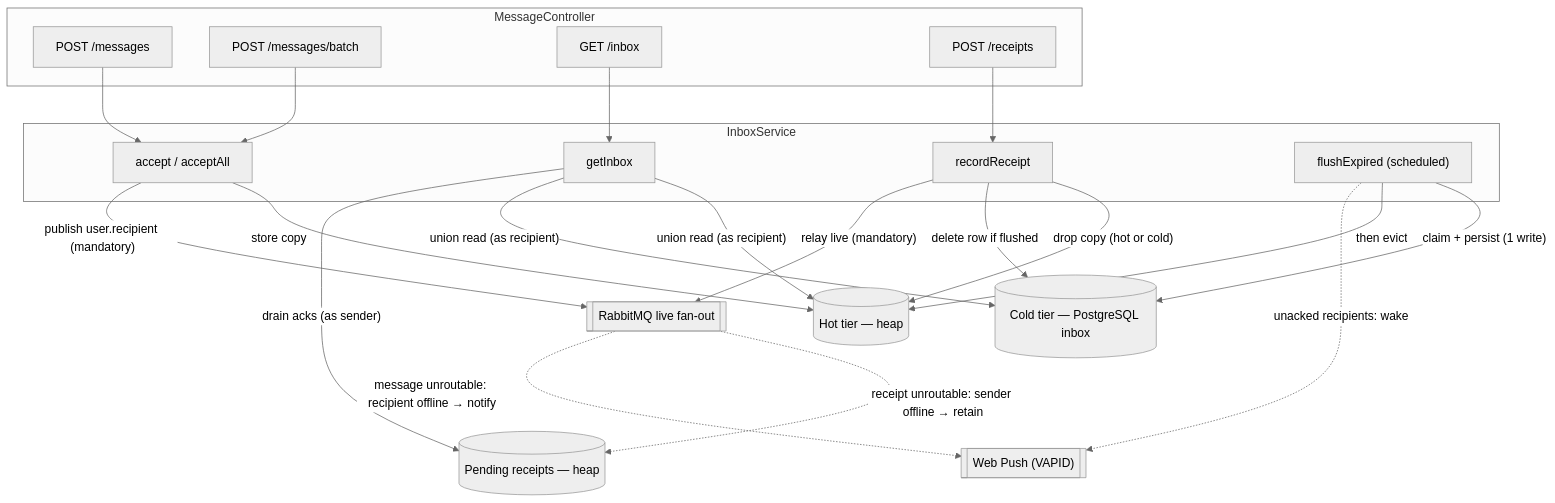
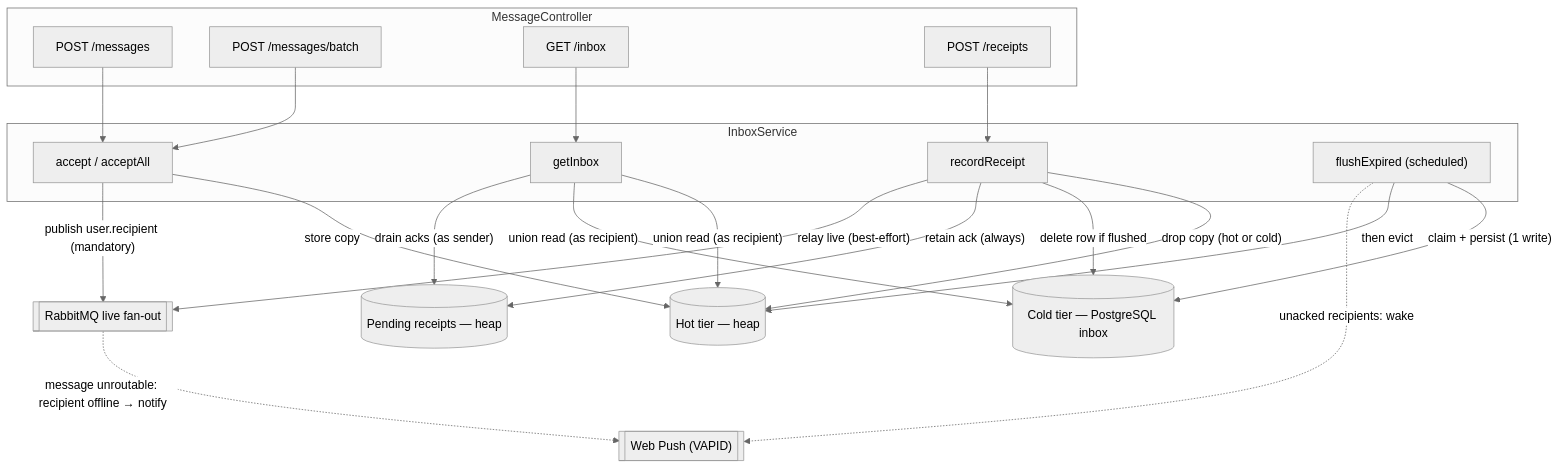
The first of 4 diagrams in doc/algorithms/messages-lifecycle.md (olshanskyev/fourletters-meta), drawn with Mermaid (neutral theme) before and after one commit. The commit also changed other lines of this file and 2 other files, not shown here.

First line of the commit message:
chore: send retry and receipt zombie problem

````diff
--- a/doc/algorithms/messages-lifecycle.md
+++ b/doc/algorithms/messages-lifecycle.md
@@ -29,44 +29,44 @@
 ```mermaid
 flowchart TD
     subgraph Controller [MessageController]
         P1["POST /messages"]
         P2["POST /messages/batch"]
         G1["GET /inbox"]
         R1["POST /receipts"]
     end
 
     subgraph Service [InboxService]
         Acc["accept / acceptAll"]
         Inb["getInbox"]
         Rec["recordReceipt"]
         Flush["flushExpired (scheduled)"]
     end
 
     Hot[("Hot tier — heap")]
     Cold[("Cold tier — PostgreSQL inbox")]
     PR[("Pending receipts — heap")]
     MQ[["RabbitMQ live fan-out"]]
     Push[["Web Push (VAPID)"]]
 
     P1 --> Acc
     P2 --> Acc
     G1 --> Inb
     R1 --> Rec
 
     Acc -->|store copy| Hot
     Acc -->|"publish user.recipient (mandatory)"| MQ
 
     Flush -->|"claim + persist (1 write)"| Cold
     Flush -->|then evict| Hot
     Flush -.->|"unacked recipients: wake"| Push
 
     Rec -->|"drop copy (hot or cold)"| Hot
     Rec -->|"delete row if flushed"| Cold
-    Rec -->|"relay live (mandatory)"| MQ
-    MQ -.->|"receipt unroutable: sender offline → retain"| PR
+    Rec -->|"retain ack (always)"| PR
+    Rec -->|"relay live (best-effort)"| MQ
     MQ -.->|"message unroutable: recipient offline → notify"| Push
 
     Inb -->|"union read (as recipient)"| Hot
     Inb -->|"union read (as recipient)"| Cold
     Inb -->|"drain acks (as sender)"| PR
 ```
````
